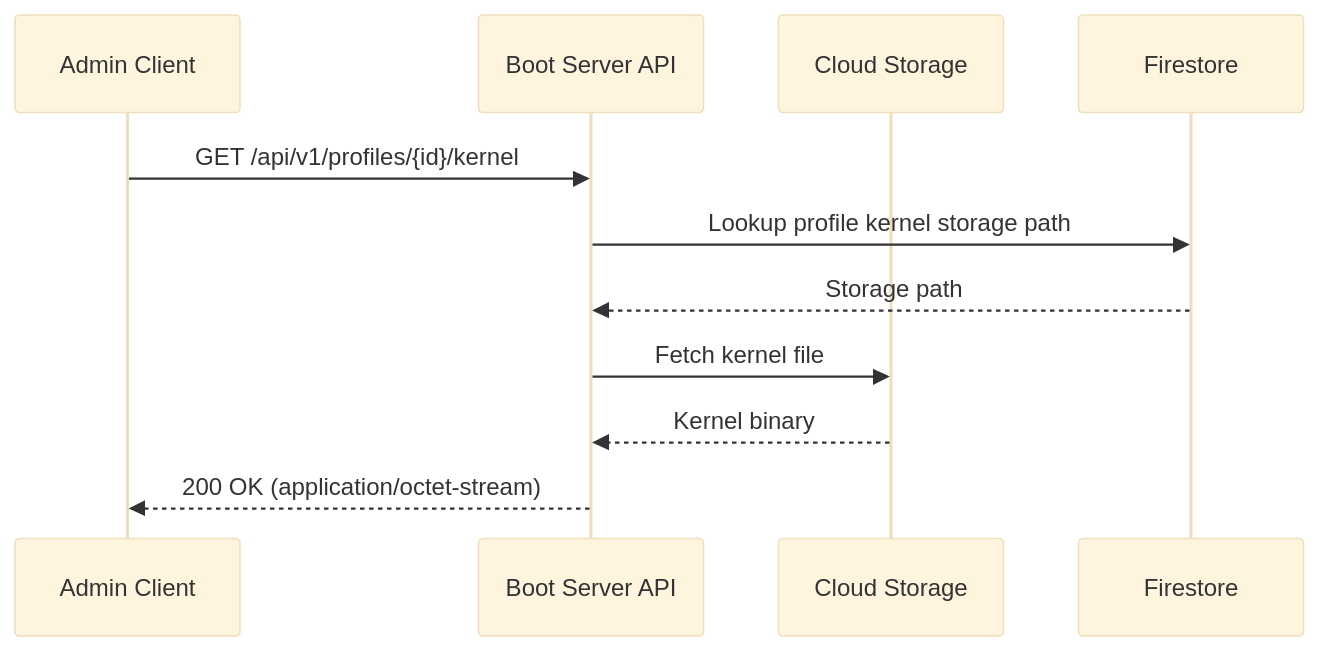
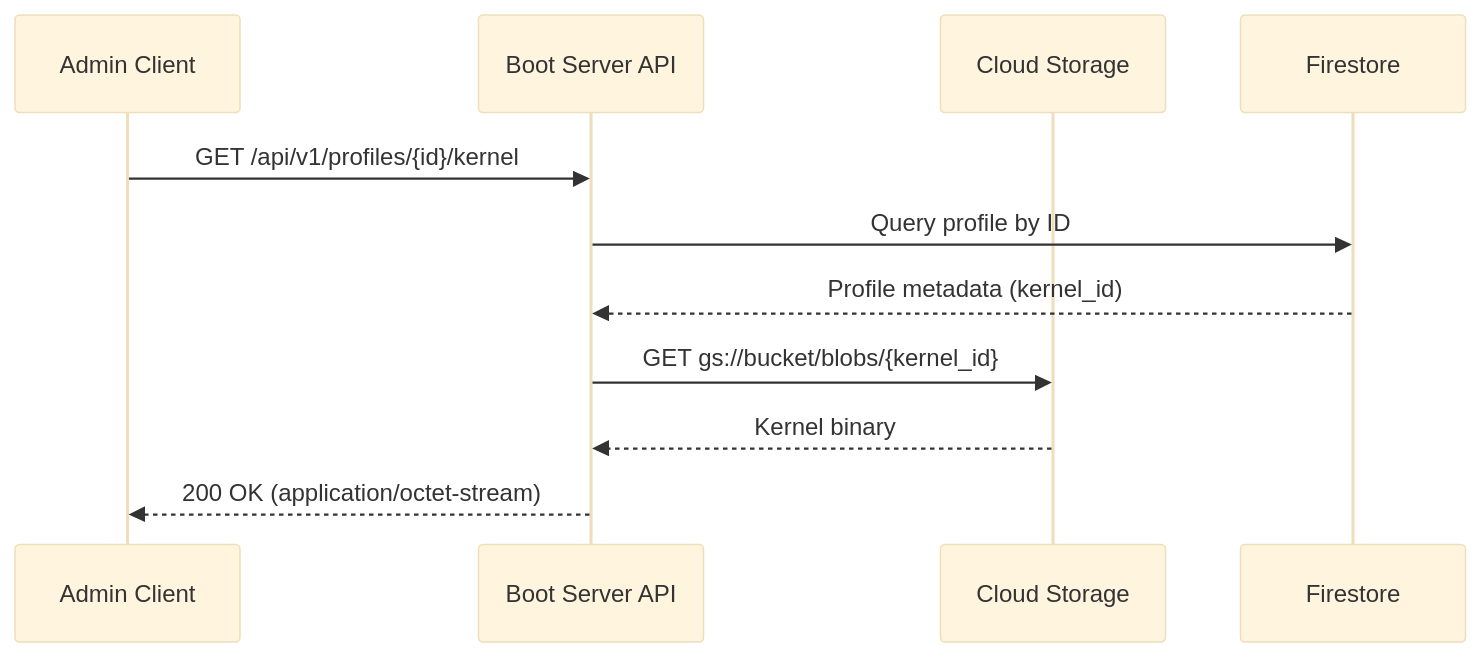
One commit to Zaba505/infra changed the fourth of 12 diagrams in docs/content/r&d/services/boot/admin-api.md. Above: the diagram before and after it, drawn with Mermaid (base theme). The commit also changed other lines of this file, not shown here.

Commit message:
docs(issue-605): clarify blob storage

````diff
--- a/docs/content/r&d/services/boot/admin-api.md
+++ b/docs/content/r&d/services/boot/admin-api.md
@@ -257,14 +280,14 @@
 ```mermaid
 sequenceDiagram
     participant Client as Admin Client
     participant API as Boot Server API
     participant Storage as Cloud Storage
     participant DB as Firestore
     
     Client->>API: GET /api/v1/profiles/{id}/kernel
-    API->>DB: Lookup profile kernel storage path
-    DB-->>API: Storage path
-    API->>Storage: Fetch kernel file
+    API->>DB: Query profile by ID
+    DB-->>API: Profile metadata (kernel_id)
+    API->>Storage: GET gs://bucket/blobs/{kernel_id}
     Storage-->>API: Kernel binary
     API-->>Client: 200 OK (application/octet-stream)
 ```
````
